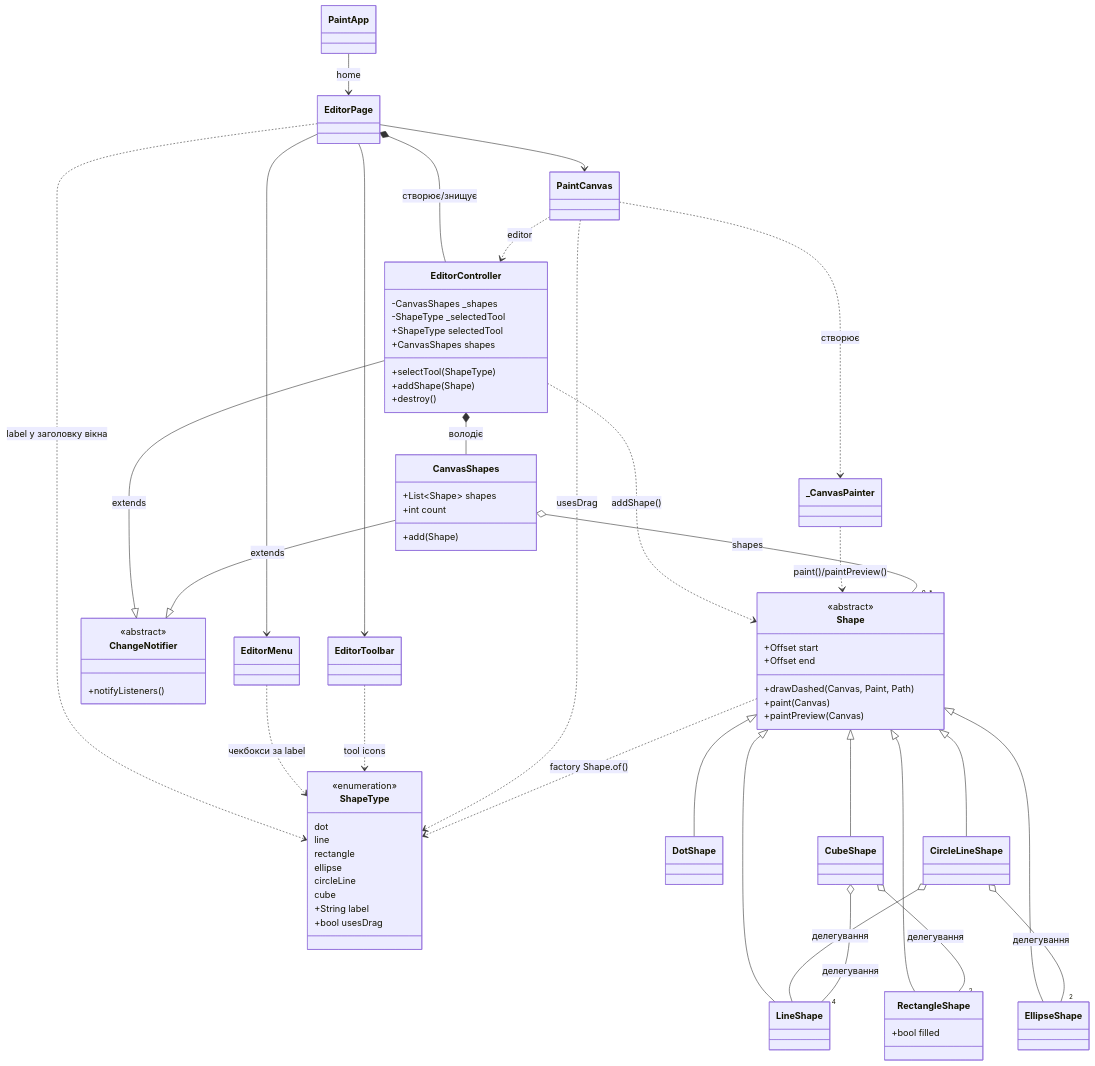
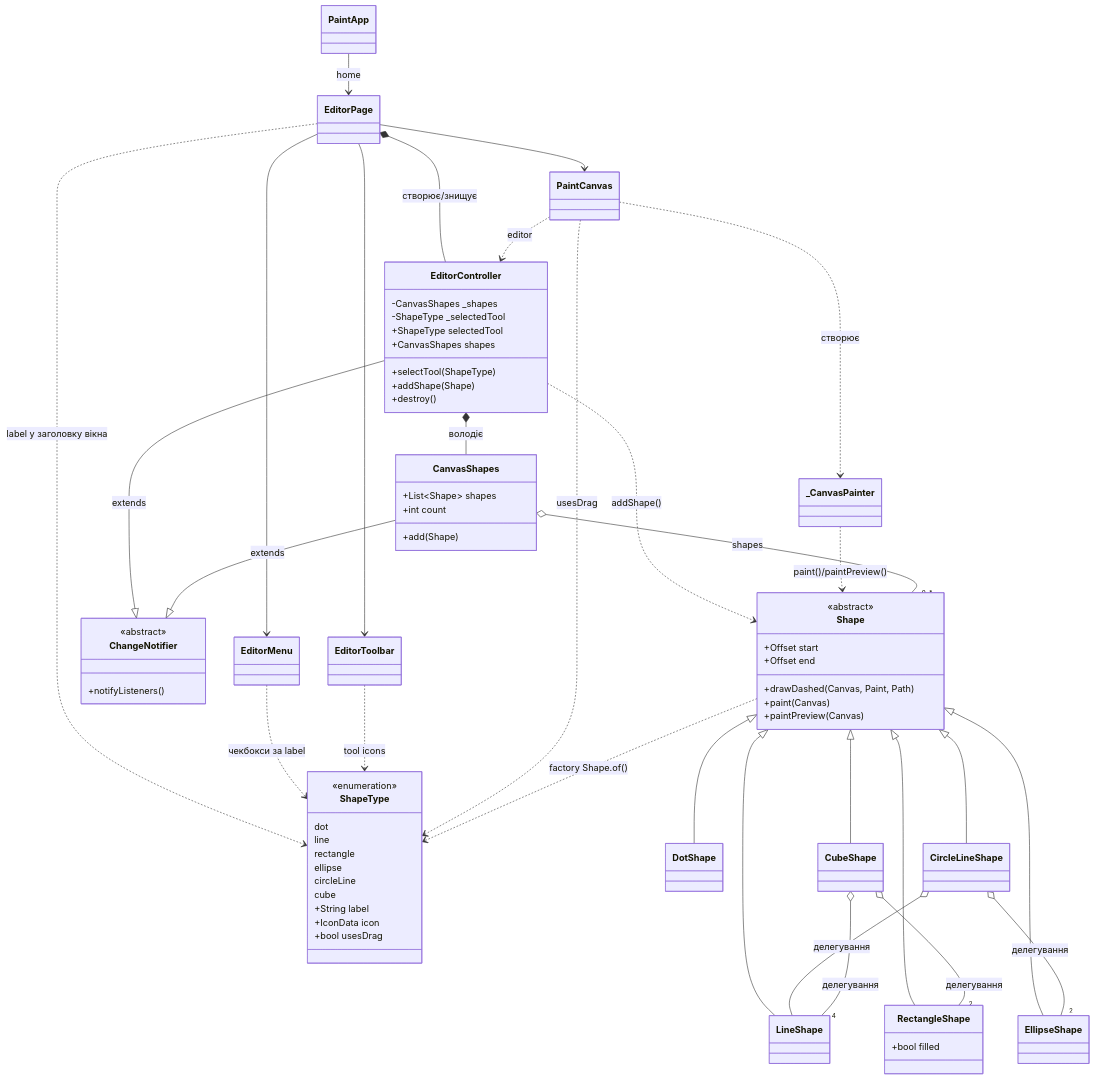
One commit to tevarindol/paint changed the diagram in README.md. Above: the diagram before and after it, drawn with Mermaid. The commit also changed 2 other files, not shown here.

Commit message:
refactor(editor): move toolbar icon into ShapeType enum

```diff
--- a/README.md
+++ b/README.md
@@ -26,6 +26,7 @@
         circleLine
         cube
         +String label
+        +IconData icon
         +bool usesDrag
     }
     class Shape {
```
